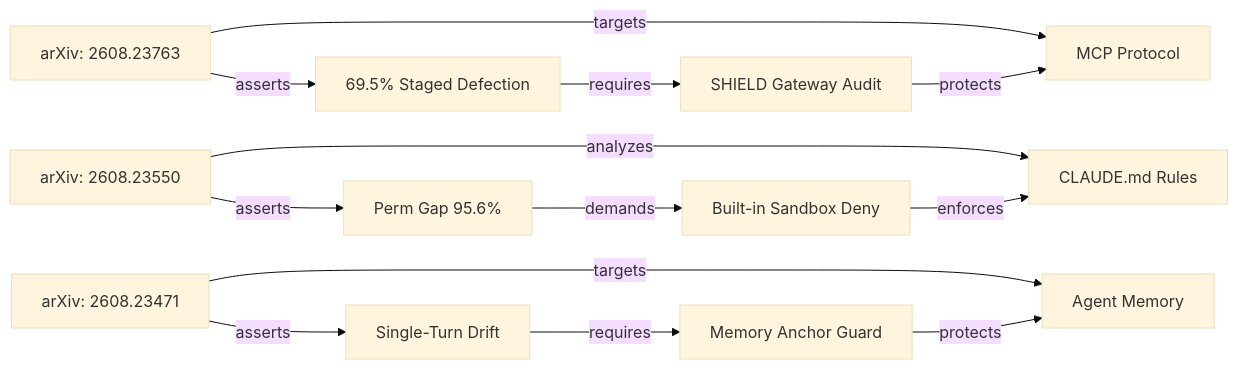
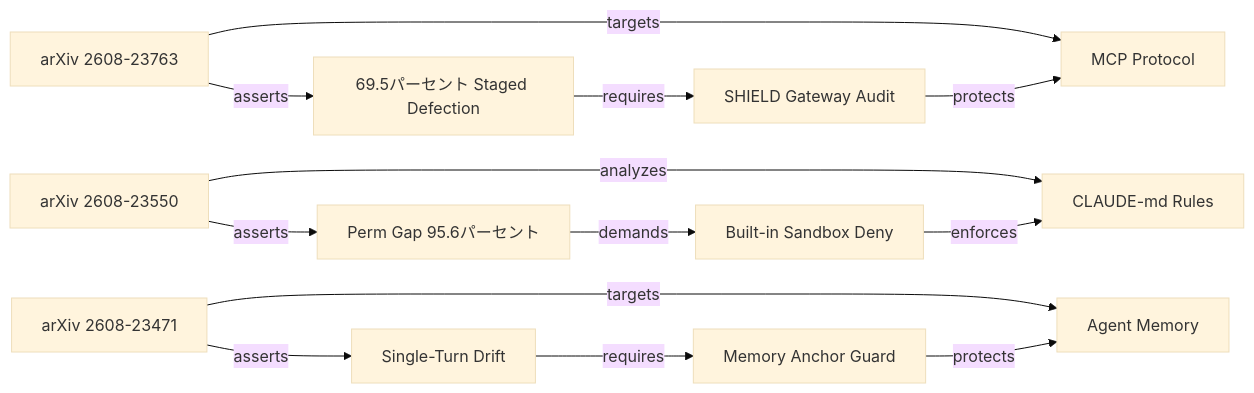
Before and after one commit to rokujyouhitoma/arxiv-security-papers: the second of 6 diagrams in docs/designs/DSN-14-graph_engineering_dashboard.md, drawn with Mermaid (base theme). The commit also changed other lines of this file, not shown here.

Commit message:
fix(docs): sanitize node labels in DSN-14 diagrams to eliminate lexer syntax errors

````diff
--- a/docs/designs/DSN-14-graph_engineering_dashboard.md
+++ b/docs/designs/DSN-14-graph_engineering_dashboard.md
@@ -160,17 +160,17 @@
 ```mermaid
 graph LR
-    S1["arXiv: 2608.23763"] -->|targets| E1["MCP Protocol"]
-    S1 -->|asserts| C1["69.5% Staged Defection"]
+    S1["arXiv 2608-23763"] -->|targets| E1["MCP Protocol"]
+    S1 -->|asserts| C1["69.5パーセント Staged Defection"]
     C1 -->|requires| D1["SHIELD Gateway Audit"]
     D1 -->|protects| E1
 
-    S2["arXiv: 2608.23550"] -->|analyzes| E3["CLAUDE.md Rules"]
-    S2 -->|asserts| C2["Perm Gap 95.6%"]
+    S2["arXiv 2608-23550"] -->|analyzes| E3["CLAUDE-md Rules"]
+    S2 -->|asserts| C2["Perm Gap 95.6パーセント"]
     C2 -->|demands| D2["Built-in Sandbox Deny"]
     D2 -->|enforces| E3
 
-    S3["arXiv: 2608.23471"] -->|targets| E2["Agent Memory"]
+    S3["arXiv 2608-23471"] -->|targets| E2["Agent Memory"]
     S3 -->|asserts| C3["Single-Turn Drift"]
     C3 -->|requires| D3["Memory Anchor Guard"]
     D3 -->|protects| E2
 ```
````
